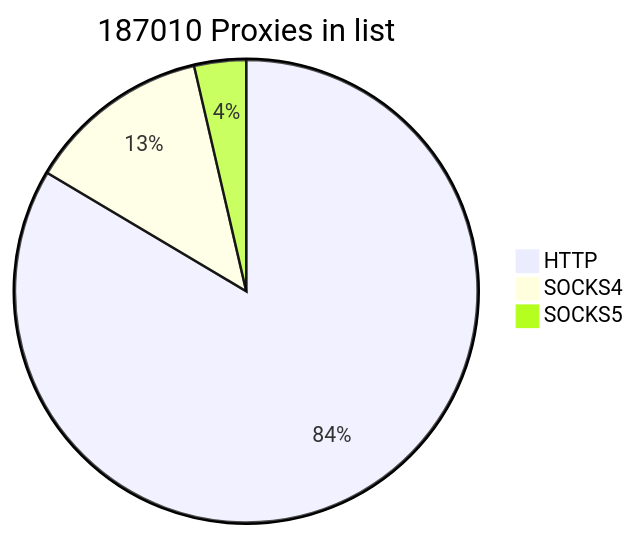
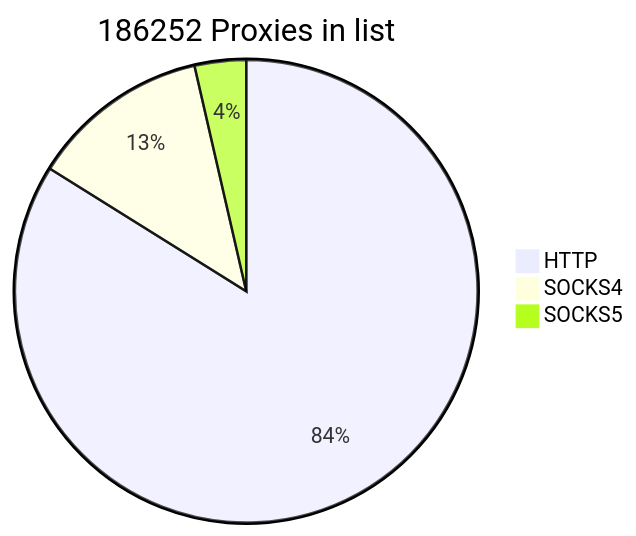
The first of 2 diagrams in README.md (cutipu/proxylist), drawn with Mermaid before and after one commit. The commit also changed other lines of this file, not shown here.

````diff
--- a/README.md
+++ b/README.md
@@ -2,7 +2,7 @@
 ```mermaid
-pie title 187010 Proxies in list
-    "HTTP" : 156237
-    "SOCKS4" : 24000
-    "SOCKS5" : 6773
+pie title 186252 Proxies in list
+    "HTTP" : 156236
+    "SOCKS4" : 23327
+    "SOCKS5" : 6689
             
 ```
````
